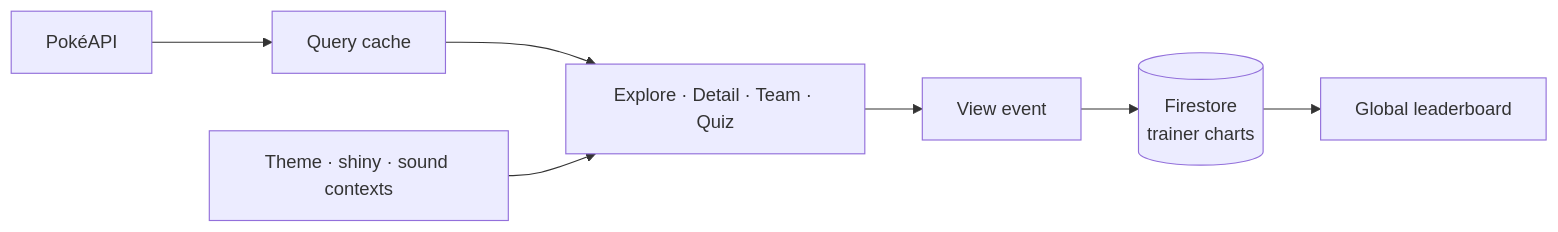
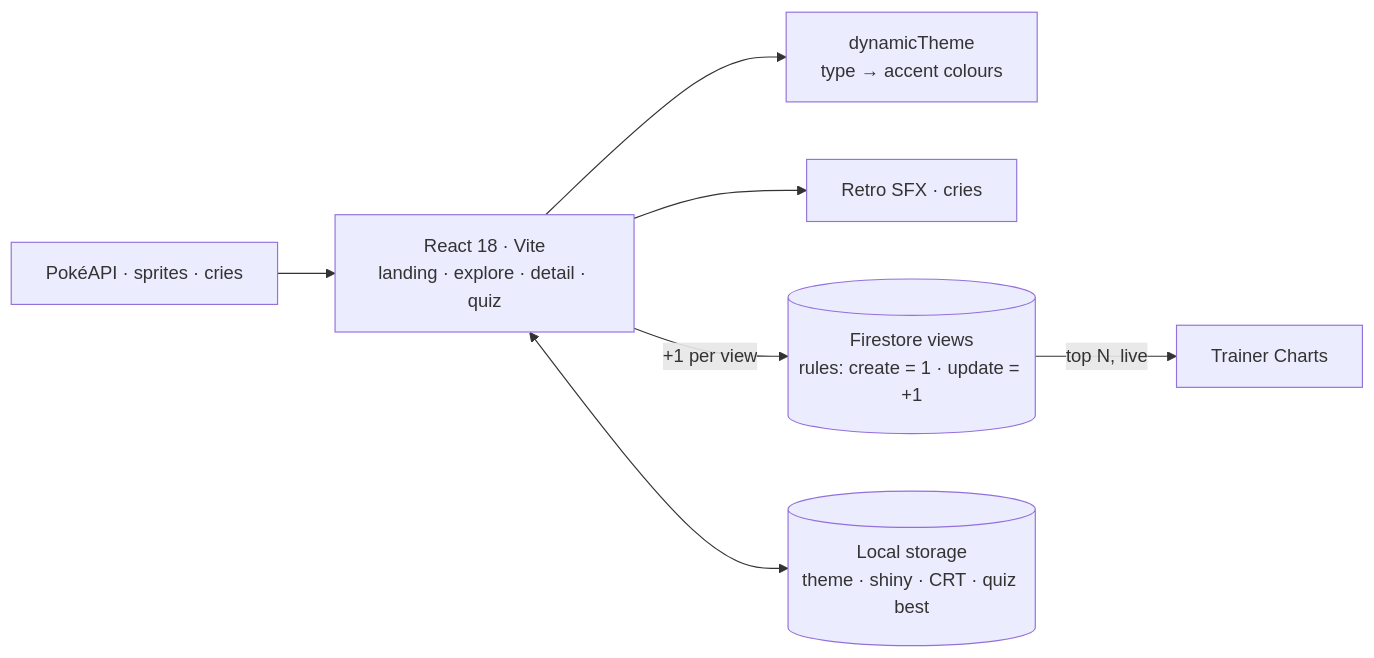
The diagram in README.md (kutluhangil/PokeDEx_v2.0), drawn with Mermaid before and after one commit. The commit also changed other lines of this file and 3 other files, not shown here.

````diff
--- a/README.md
+++ b/README.md
@@ -53,8 +60,9 @@
 ```mermaid
 flowchart LR
-  API[PokéAPI] --> Q[Query cache]
-  Q --> UI[Explore · Detail · Team · Quiz]
-  UI --> V[View event] --> FS[(Firestore<br/>trainer charts)]
-  FS --> LB[Global leaderboard]
-  CTX[Theme · shiny · sound contexts] --> UI
+  API[PokéAPI · sprites · cries] --> UI[React 18 · Vite<br/>landing · explore · detail · quiz]
+  UI --> THEME[dynamicTheme<br/>type → accent colours]
+  UI --> SFX[Retro SFX · cries]
+  UI -- +1 per view --> FS[(Firestore views<br/>rules: create = 1 · update = +1)]
+  FS -- top N, live --> LB[Trainer Charts]
+  UI <--> LS[(Local storage<br/>theme · shiny · CRT · quiz best)]
 ```
````
